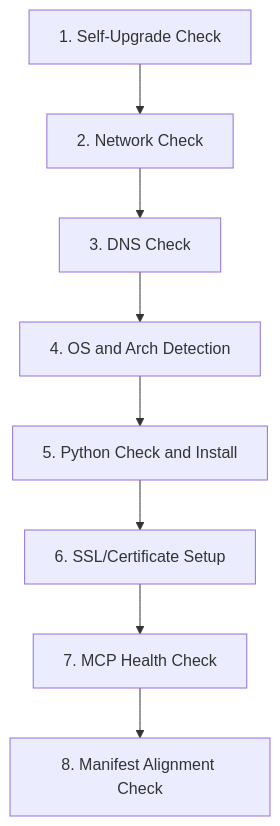
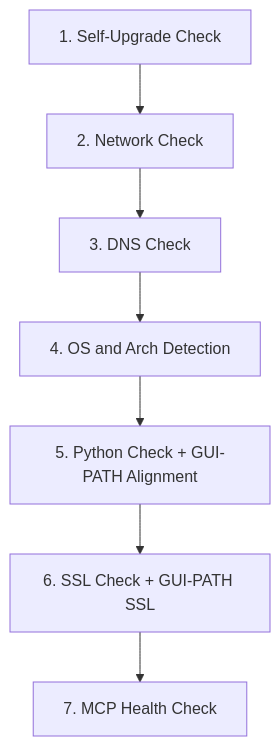
One commit to PubMatic/pubmatic-mcp-server changed the diagram in PubMatic_Troubleshooting_Plan.md. Above: the diagram before and after it, drawn with Mermaid. The commit also changed other lines of this file and 2 other files, not shown here.

Commit message:
BRAIN-521 #comment added the gui python check

````diff
--- a/PubMatic_Troubleshooting_Plan.md
+++ b/PubMatic_Troubleshooting_Plan.md
@@ -51,10 +51,9 @@
 ```mermaid
 flowchart TD
   A["1. Self-Upgrade Check"] --> B["2. Network Check"]
   B --> C["3. DNS Check"]
   C --> D["4. OS and Arch Detection"]
-  D --> E["5. Python Check and Install"]
-  E --> F["6. SSL/Certificate Setup"]
+  D --> E["5. Python Check + GUI-PATH Alignment"]
+  E --> F["6. SSL Check + GUI-PATH SSL"]
   F --> G["7. MCP Health Check"]
-  G --> H["8. Manifest Alignment Check"]
 ```
````
